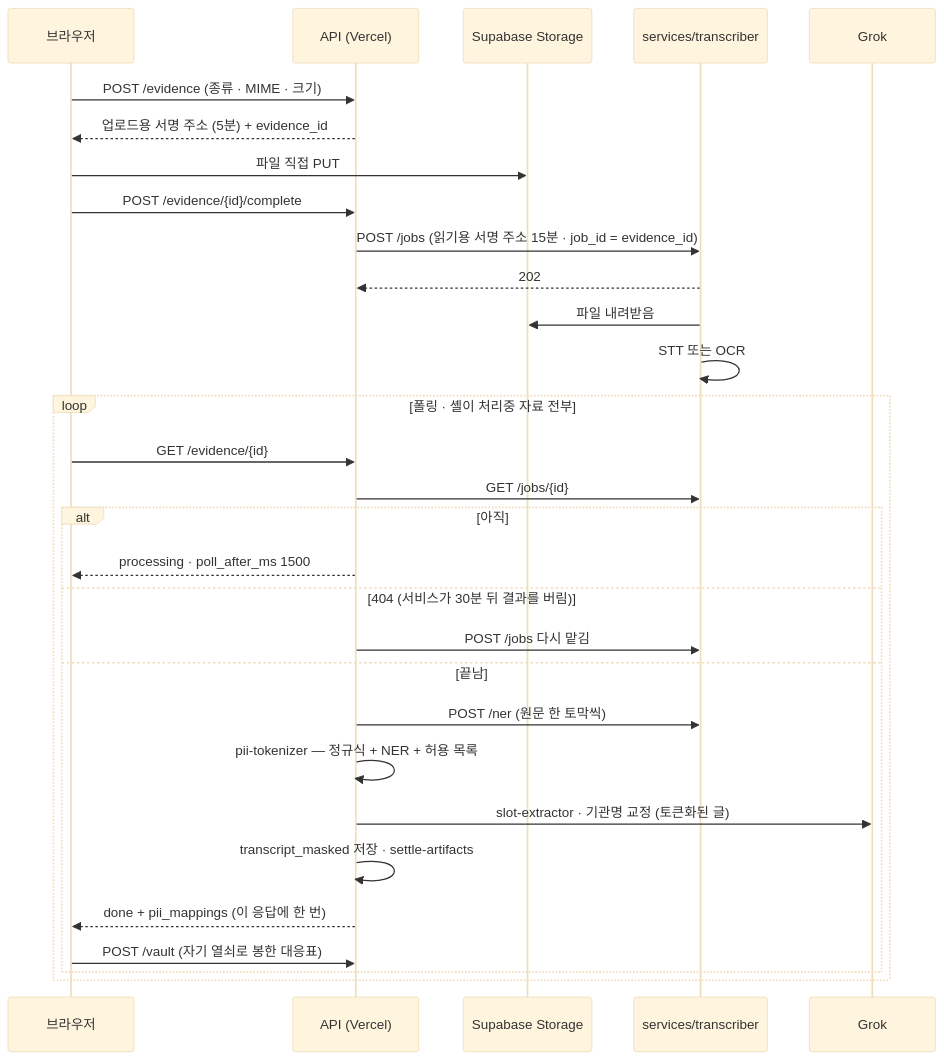
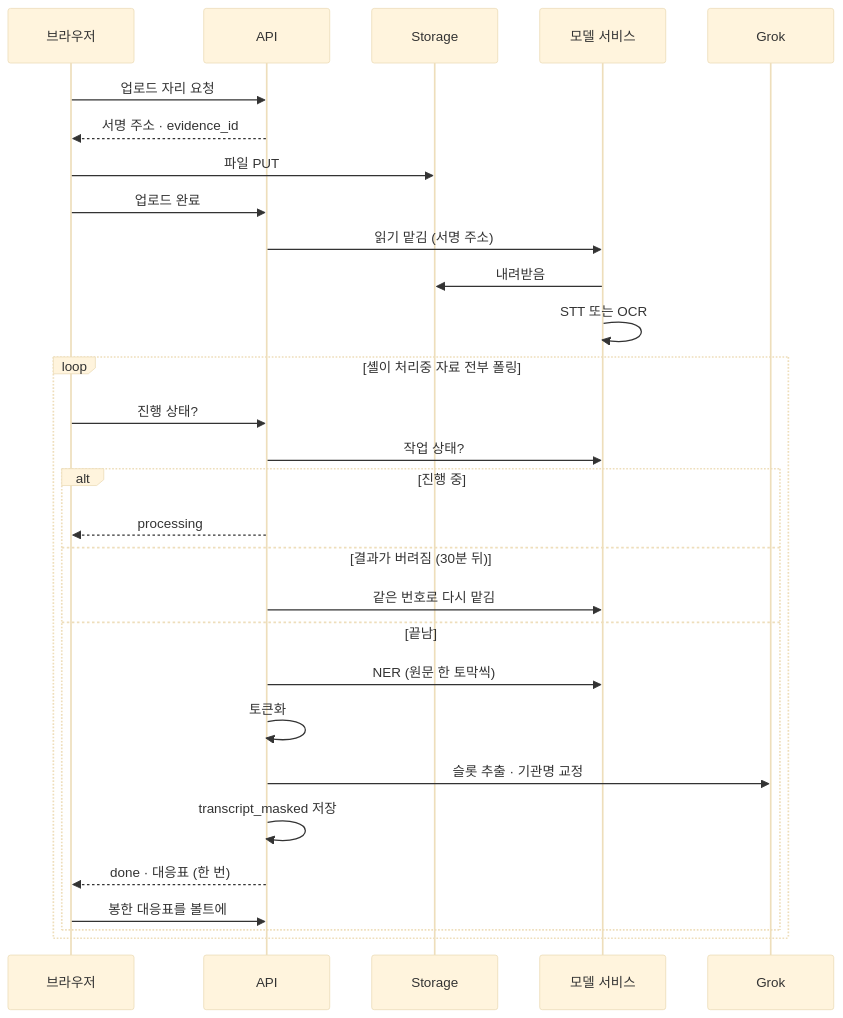
One commit to Dojaegyum/fsec-ai-challenge changed the ninth of 10 diagrams in ARCHITECTURE.md. Above: the diagram before and after it, drawn with Mermaid (base theme). The commit also changed other lines of this file and 4 other files, not shown here.

First line of the commit message:
ARCHITECTURE.md 그림을 뷰어에서 안 잘리게 다시 그리고, ADR 번호를 그림·본문에서 걷어 절 끝 「근거」로 모으고, 환경·시크릿 절을 없앤다

````diff
--- a/ARCHITECTURE.md
+++ b/ARCHITECTURE.md
@@ -454,33 +375,33 @@
 ```mermaid
 sequenceDiagram
     participant B as 브라우저
-    participant A as API (Vercel)
-    participant BL as Supabase Storage
-    participant S as services/transcriber
+    participant A as API
+    participant S as Storage
+    participant M as 모델 서비스
     participant G as Grok
 
-    B->>A: POST /evidence (종류 · MIME · 크기)
-    A-->>B: 업로드용 서명 주소 (5분) + evidence_id
-    B->>BL: 파일 직접 PUT
-    B->>A: POST /evidence/{id}/complete
-    A->>S: POST /jobs (읽기용 서명 주소 15분 · job_id = evidence_id)
-    S-->>A: 202
-    S->>BL: 파일 내려받음
-    S->>S: STT 또는 OCR
-    loop 폴링 · 셸이 처리중 자료 전부
-        B->>A: GET /evidence/{id}
-        A->>S: GET /jobs/{id}
-        alt 아직
-            A-->>B: processing · poll_after_ms 1500
-        else 404 (서비스가 30분 뒤 결과를 버림)
-            A->>S: POST /jobs 다시 맡김
+    B->>A: 업로드 자리 요청
+    A-->>B: 서명 주소 · evidence_id
+    B->>S: 파일 PUT
+    B->>A: 업로드 완료
+    A->>M: 읽기 맡김 (서명 주소)
+    M->>S: 내려받음
+    M->>M: STT 또는 OCR
+
+    loop 셸이 처리중 자료 전부 폴링
+        B->>A: 진행 상태?
+        A->>M: 작업 상태?
+        alt 진행 중
+            A-->>B: processing
+        else 결과가 버려짐 (30분 뒤)
+            A->>M: 같은 번호로 다시 맡김
         else 끝남
-            A->>S: POST /ner (원문 한 토막씩)
-            A->>A: pii-tokenizer — 정규식 + NER + 허용 목록
-            A->>G: slot-extractor · 기관명 교정 (토큰화된 글)
-            A->>A: transcript_masked 저장 · settle-artifacts
-            A-->>B: done + pii_mappings (이 응답에 한 번)
-            B->>A: POST /vault (자기 열쇠로 봉한 대응표)
+            A->>M: NER (원문 한 토막씩)
+            A->>A: 토큰화
+            A->>G: 슬롯 추출 · 기관명 교정
+            A->>A: transcript_masked 저장
+            A-->>B: done · 대응표 (한 번)
+            B->>A: 봉한 대응표를 볼트에
         end
     end
 ```
````
